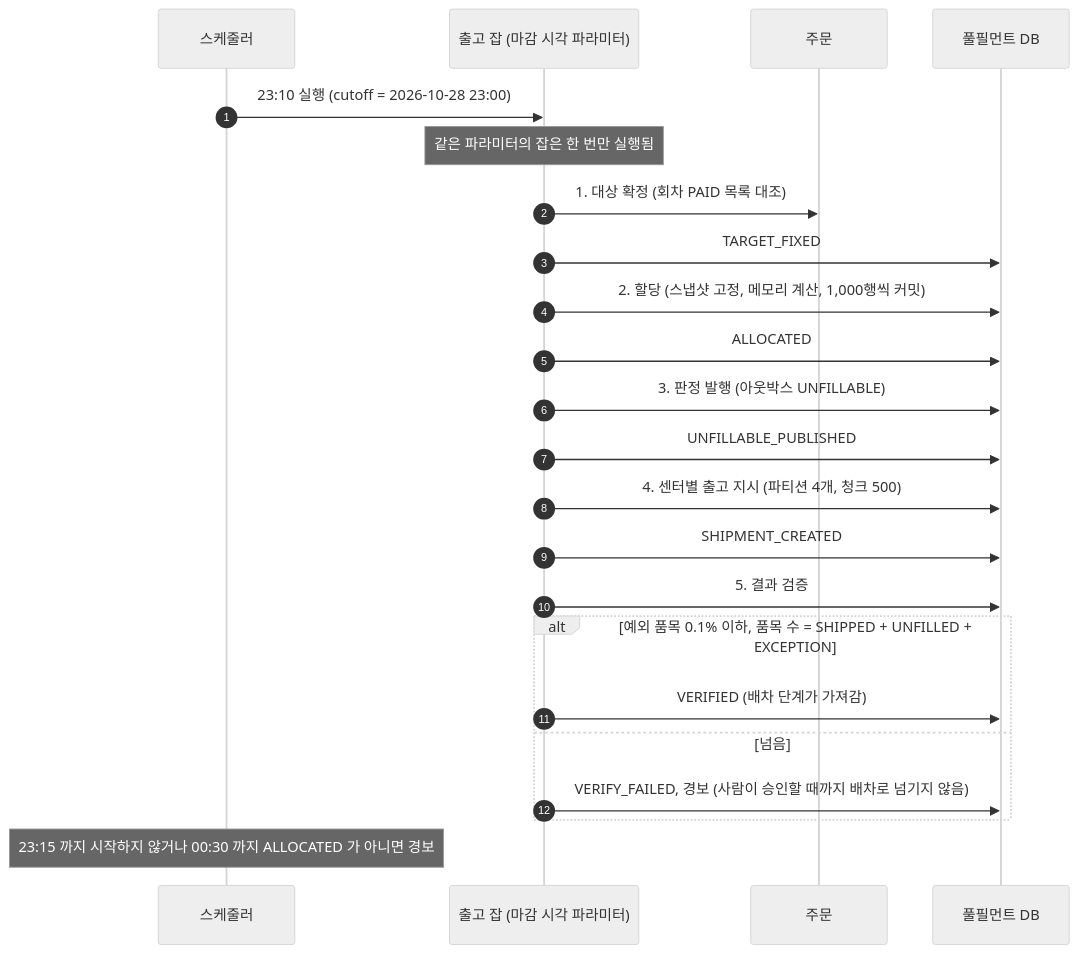
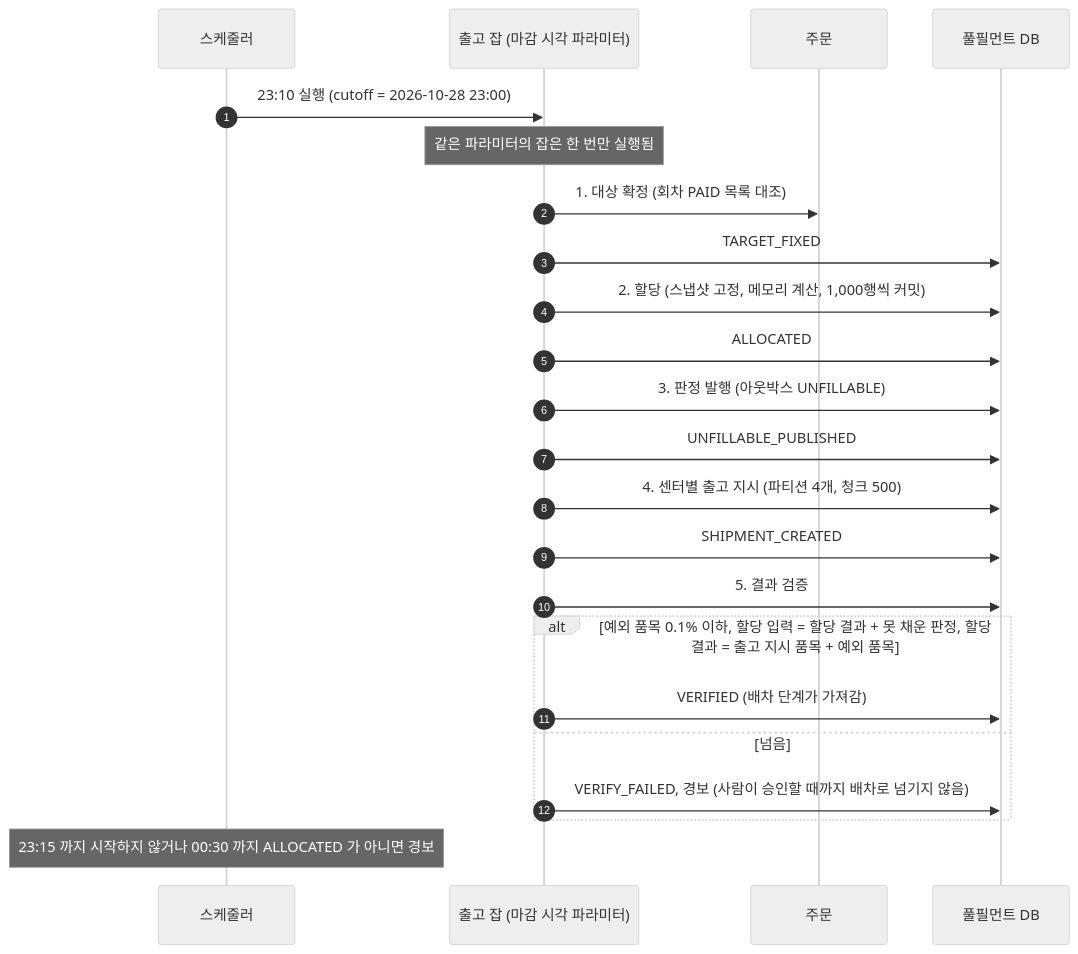
Before and after one commit to Bamdule/dawn-delivery-commerce: the second of 6 diagrams in docs/sequence/05-출고-배치.md, drawn with Mermaid (neutral theme). The commit also changed 12 other files, not shown here.

````diff
--- a/docs/sequence/05-출고-배치.md
+++ b/docs/sequence/05-출고-배치.md
@@ -40,26 +40,26 @@
 ```mermaid
 sequenceDiagram
     autonumber
     participant 스케줄러
     participant 잡 as 출고 잡 (마감 시각 파라미터)
     participant 주문
     participant DB as 풀필먼트 DB
 
     스케줄러->>잡: 23:10 실행 (cutoff = 2026-10-28 23:00)
     Note over 잡: 같은 파라미터의 잡은 한 번만 실행됨
     잡->>주문: 1. 대상 확정 (회차 PAID 목록 대조)
     잡->>DB: TARGET_FIXED
     잡->>DB: 2. 할당 (스냅샷 고정, 메모리 계산, 1,000행씩 커밋)
     잡->>DB: ALLOCATED
     잡->>DB: 3. 판정 발행 (아웃박스 UNFILLABLE)
     잡->>DB: UNFILLABLE_PUBLISHED
     잡->>DB: 4. 센터별 출고 지시 (파티션 4개, 청크 500)
     잡->>DB: SHIPMENT_CREATED
     잡->>DB: 5. 결과 검증
-    alt 예외 품목 0.1% 이하, 품목 수 = SHIPPED + UNFILLED + EXCEPTION
+    alt 예외 품목 0.1% 이하, 할당 입력 = 할당 결과 + 못 채운 판정, 할당 결과 = 출고 지시 품목 + 예외 품목
         잡->>DB: VERIFIED (배차 단계가 가져감)
     else 넘음
         잡->>DB: VERIFY_FAILED, 경보 (사람이 승인할 때까지 배차로 넘기지 않음)
     end
     Note over 스케줄러: 23:15 까지 시작하지 않거나 00:30 까지 ALLOCATED 가 아니면 경보
 ```
````
